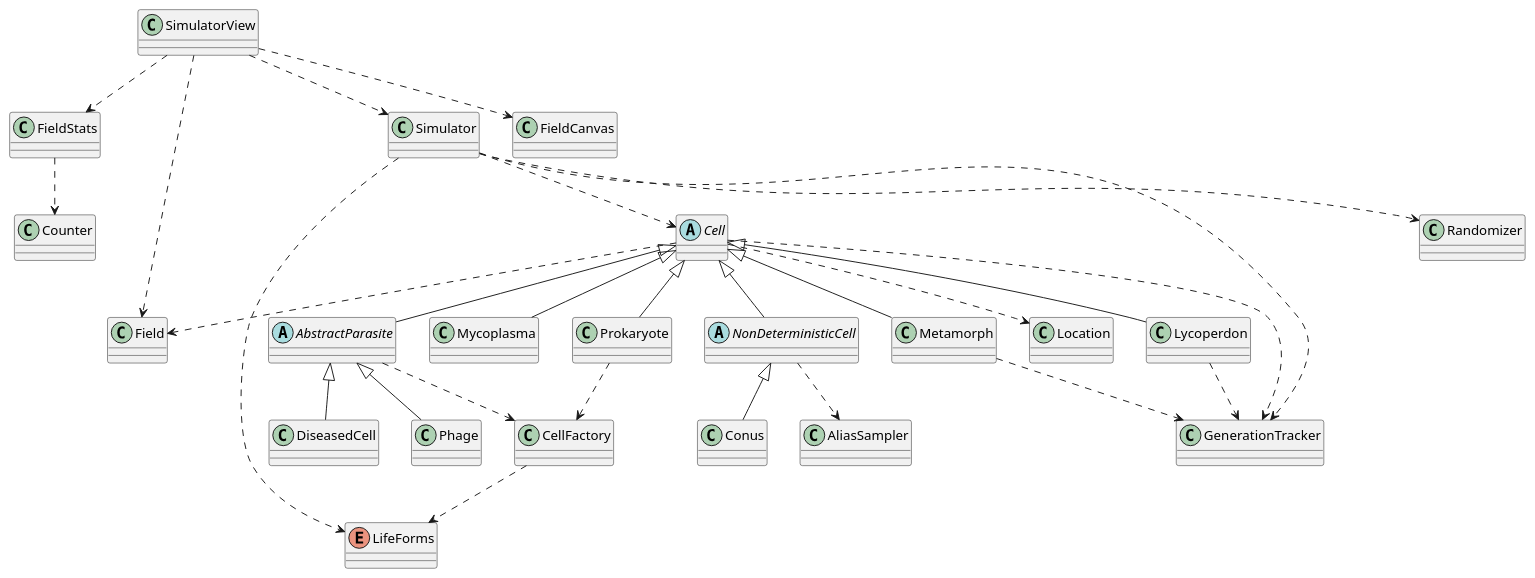
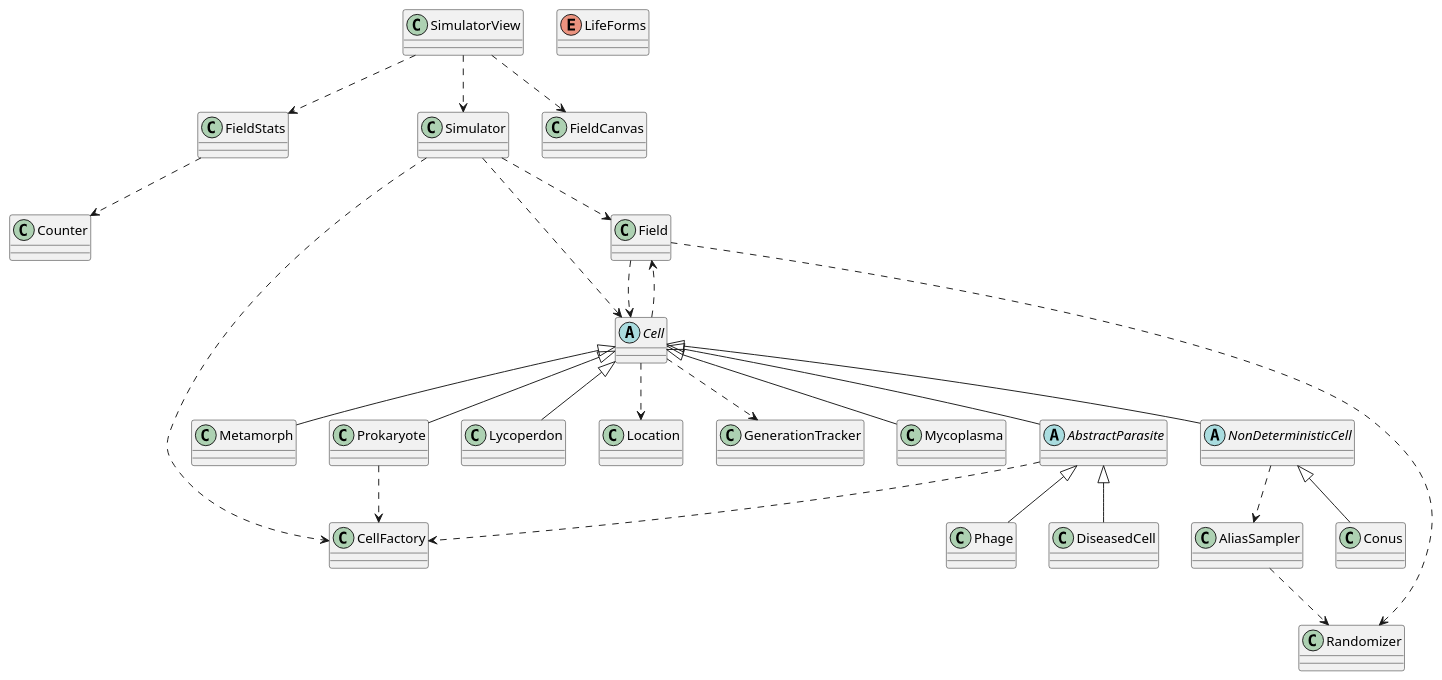
One commit to enzozbest/ppacoursework3 changed the diagram in out/production/ppacoursework3/UMLDiagram.puml. Above: the diagram before and after it, drawn with PlantUML. The commit also changed 31 other files, not shown here.

```diff
--- a/out/production/ppacoursework3/UMLDiagram.puml
+++ b/out/production/ppacoursework3/UMLDiagram.puml
@@ -1,116 +1,114 @@
 @startuml
 class Conus {
 }
 
 abstract class NonDeterministicCell {
 }
 
 
 class Field {
 }
 
 
 class FieldStats {
 }
 
 
 class Metamorph {
 }
 
 
 class Prokaryote {
 }
 
 
 class Phage {
 }
 
 abstract class AbstractParasite {
 }
 
 
 class Randomizer {
 }
 
 
 class Lycoperdon {
 }
 
 
 abstract class Cell {
 
 }
 
 
 class Simulator {
 }
 
 
 class Location {
 }
 
 
 class CellFactory {
 }
 
 
 class DiseasedCell {
 
 }
 
 
 enum LifeForms {
 }
 
 
 class FieldCanvas {
 }
 
 
 class AliasSampler {
 
 }
 
 
 class GenerationTracker {
 }
 
 
 class Counter {
 }
 
 
 class Mycoplasma {
 }
 class SimulatorView {
 }
 
 
 Cell ..> Field
 NonDeterministicCell ..> AliasSampler
 Cell ..> GenerationTracker
 Cell ..> Location
 AbstractParasite ..> CellFactory
 Prokaryote ..> CellFactory
-SimulatorView ..> Field
+Field ..> Cell
+Field ..> Randomizer
+AliasSampler ..> Randomizer
+Simulator ..> Cell
+Simulator ..> Field
+Simulator ..> CellFactory
 SimulatorView ..> FieldCanvas
 SimulatorView ..> FieldStats
 SimulatorView ..> Simulator
-Simulator ..> Cell
-Simulator ..> Randomizer
-Simulator ..> GenerationTracker
-Lycoperdon ..> GenerationTracker
-Metamorph ..> GenerationTracker
-CellFactory ..> LifeForms
-Simulator ..>LifeForms
 FieldStats ..> Counter
 NonDeterministicCell <|-- Conus
 Cell <|-- NonDeterministicCell
 Cell <|-- Metamorph
 Cell <|-- Prokaryote
 AbstractParasite <|-- Phage
 Cell <|-- AbstractParasite
 Cell <|-- Lycoperdon
 AbstractParasite <|-- DiseasedCell
 Cell <|-- Mycoplasma
 @enduml
```
